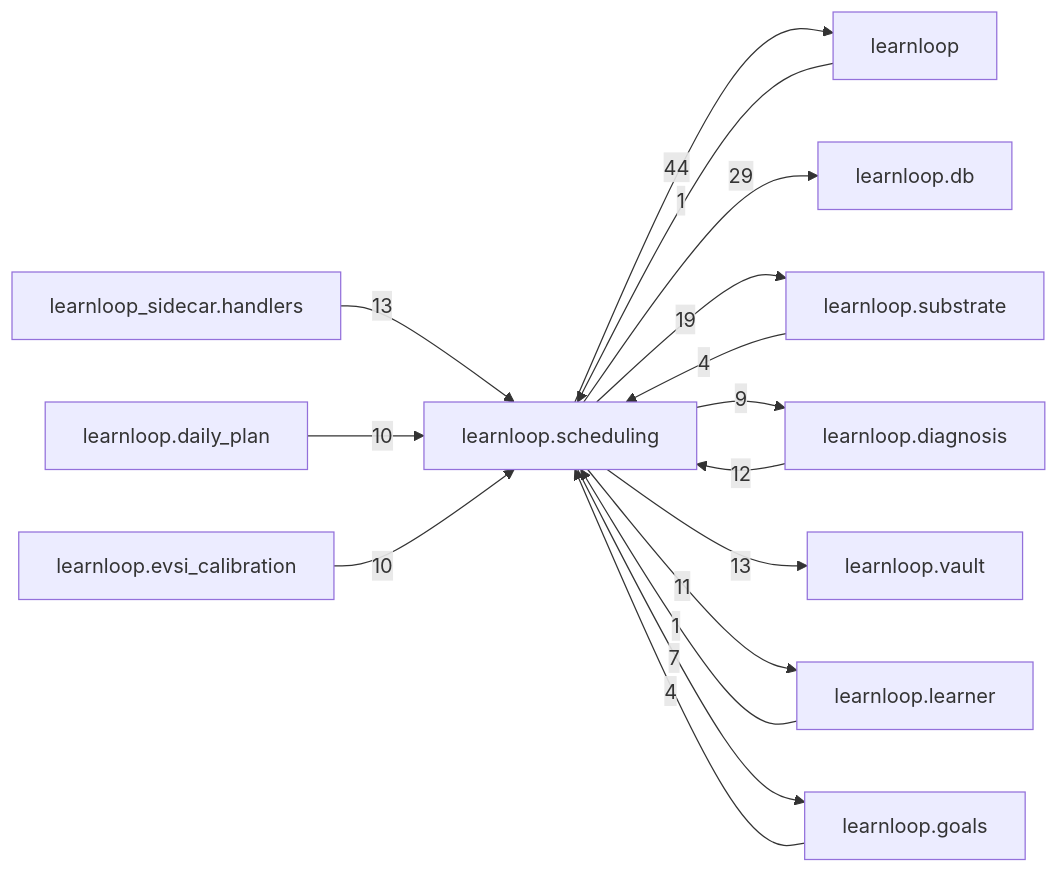
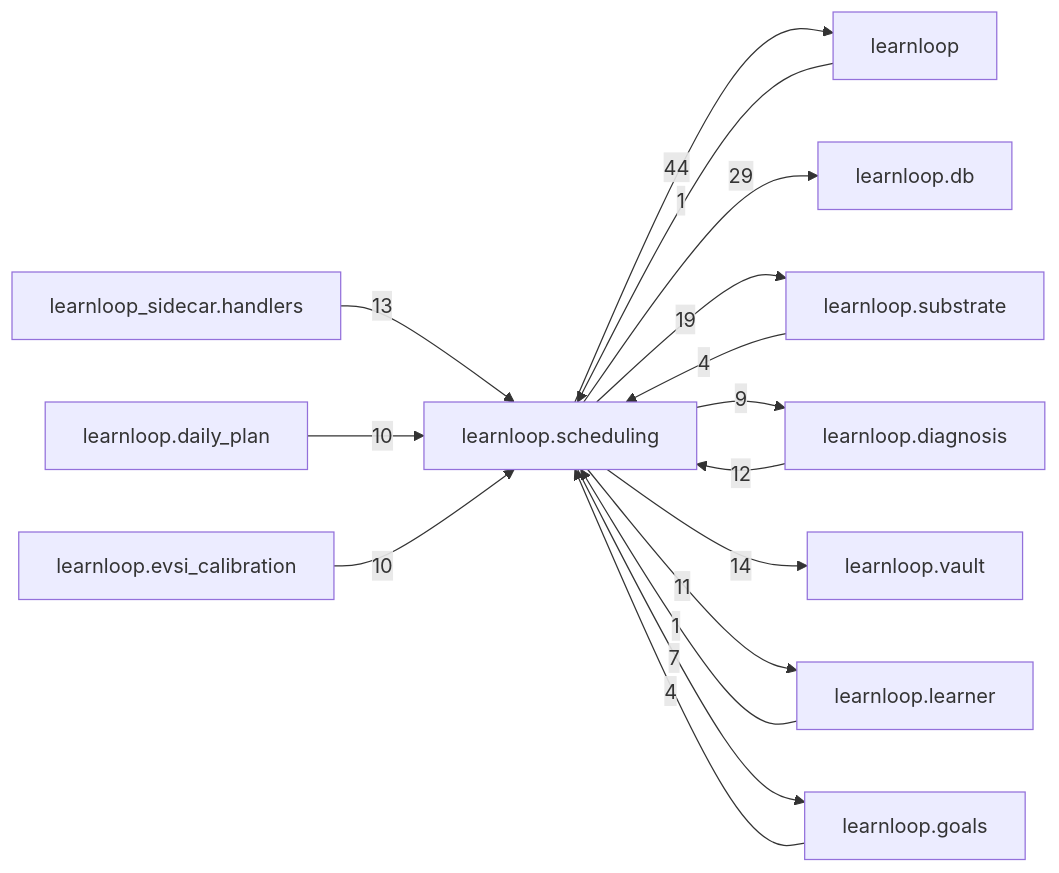
The diagram in docs/learnloop-architecture-vault/Reference/Modules/learnloop/scheduling/_package.md (6up-b/learnanything), drawn with Mermaid before and after one commit. The commit also changed other lines of this file and 46 other files, not shown here.

````diff
--- a/docs/learnloop-architecture-vault/Reference/Modules/learnloop/scheduling/_package.md
+++ b/docs/learnloop-architecture-vault/Reference/Modules/learnloop/scheduling/_package.md
@@ -181,29 +184,29 @@
 ```mermaid
 flowchart LR
     center["learnloop.scheduling"]
     n_learnloop["learnloop"]
     n_learnloop_db["learnloop.db"]
     n_learnloop_substrate["learnloop.substrate"]
     n_learnloop_diagnosis["learnloop.diagnosis"]
     n_learnloop_vault["learnloop.vault"]
     n_learnloop_sidecar_handlers["learnloop_sidecar.handlers"]
     n_learnloop_learner["learnloop.learner"]
     n_learnloop_goals["learnloop.goals"]
     n_learnloop_daily_plan["learnloop.daily_plan"]
     n_learnloop_evsi_calibration["learnloop.evsi_calibration"]
     n_learnloop -->|1| center
     center -->|44| n_learnloop
     center -->|29| n_learnloop_db
     n_learnloop_substrate -->|4| center
     center -->|19| n_learnloop_substrate
     n_learnloop_diagnosis -->|12| center
     center -->|9| n_learnloop_diagnosis
-    center -->|13| n_learnloop_vault
+    center -->|14| n_learnloop_vault
     n_learnloop_sidecar_handlers -->|13| center
     n_learnloop_learner -->|1| center
     center -->|11| n_learnloop_learner
     n_learnloop_goals -->|4| center
     center -->|7| n_learnloop_goals
     n_learnloop_daily_plan -->|10| center
     n_learnloop_evsi_calibration -->|10| center
 ```
````
